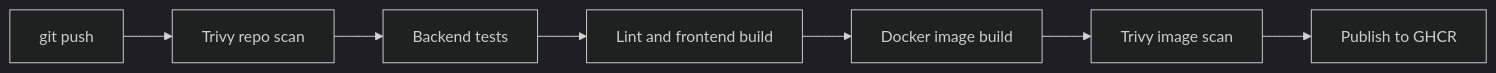
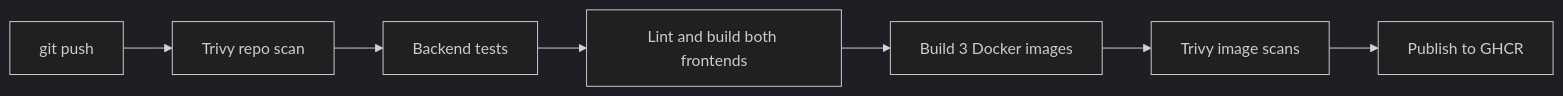
The second of 2 diagrams in README.md (paighanutkarsh2410-lab/swiggy-devsecops-app), drawn with Mermaid (dark theme) before and after one commit. The commit also changed other lines of this file and 46 other files, not shown here.

````diff
--- a/README.md
+++ b/README.md
@@ -18,9 +31,9 @@
 ```mermaid
 flowchart LR
     Push[git push] --> Scan[Trivy repo scan]
     Scan --> Test[Backend tests]
-    Test --> Build[Lint and frontend build]
-    Build --> Images[Docker image build]
-    Images --> ImageScan[Trivy image scan]
+    Test --> Build[Lint and build both frontends]
+    Build --> Images[Build 3 Docker images]
+    Images --> ImageScan[Trivy image scans]
     ImageScan --> GHCR[Publish to GHCR]
 ```
````
